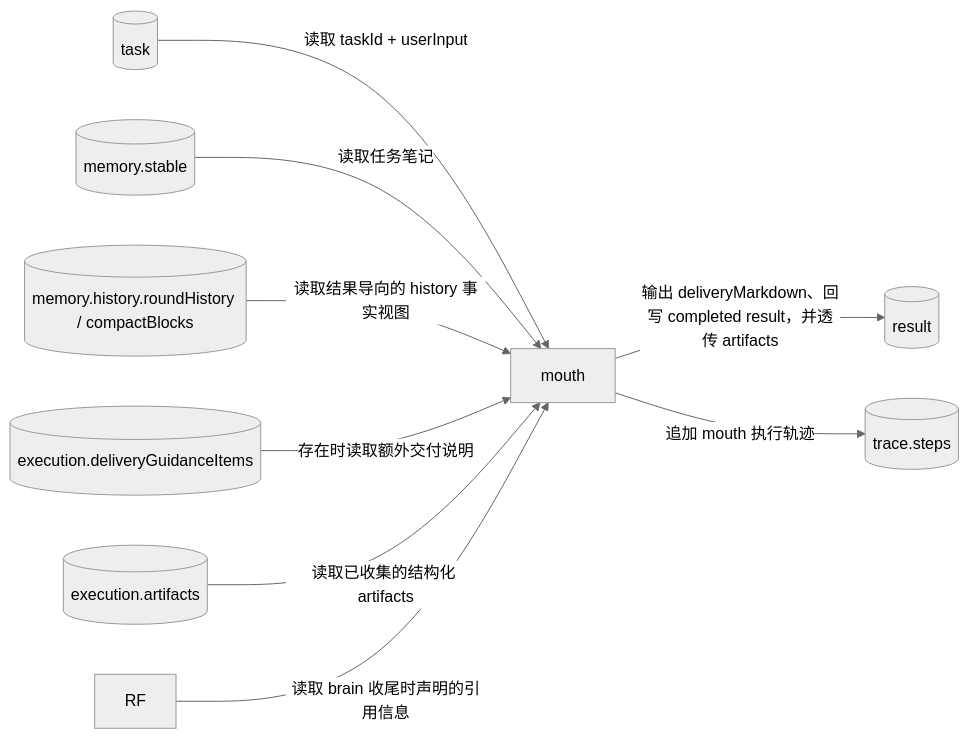
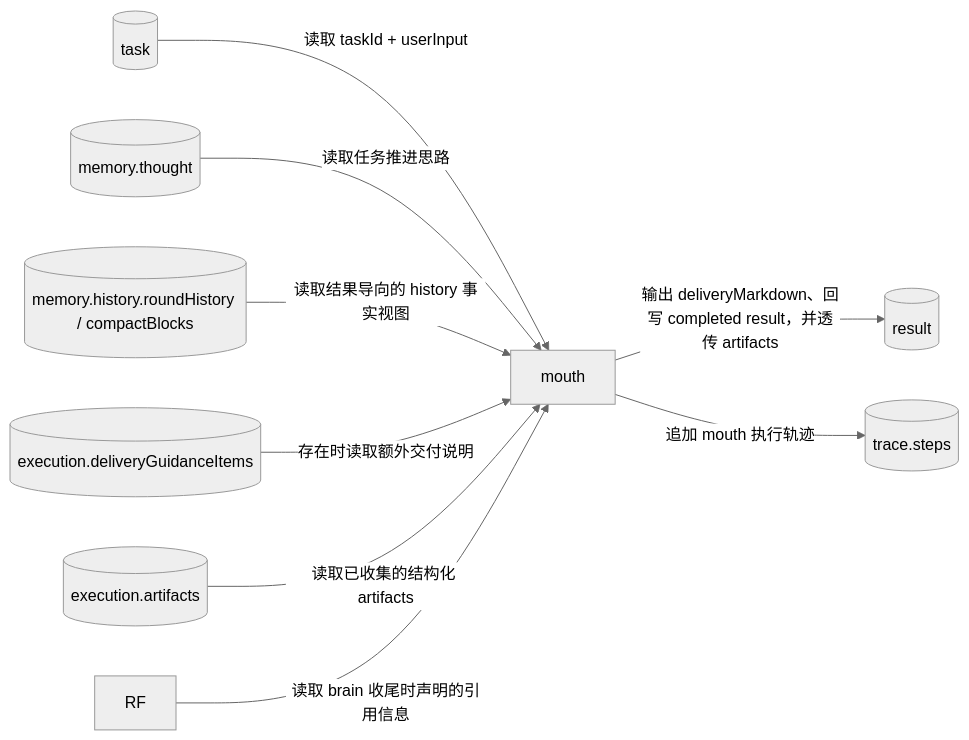
The fifth of 5 diagrams in doc/ai-design/data-definition-and-flow.md (Yoan98/Ncurator), drawn with Mermaid (neutral theme) before and after one commit. The commit also changed other lines of this file and 48 other files, not shown here.

First line of the commit message:
Refactor thought memory handling and update related tests

````diff
--- a/doc/ai-design/data-definition-and-flow.md
+++ b/doc/ai-design/data-definition-and-flow.md
@@ -1178,20 +1175,20 @@
 ```mermaid
 flowchart LR
     T[("task")]
-    SM[("memory.stable")]
+    TM[("memory.thought")]
     PM[("memory.history.roundHistory / compactBlocks")]
     DG[("execution.deliveryGuidanceItems")]
     A[("execution.artifacts")]
     M["mouth"]
     R[("result")]
     TR[("trace.steps")]
 
     T -->|读取 taskId + userInput| M
-    SM -->|读取任务笔记| M
+    TM -->|读取任务推进思路| M
     PM -->|读取结果导向的 history 事实视图| M
     DG -->|存在时读取额外交付说明| M
     A -->|读取已收集的结构化 artifacts| M
     RF -->|读取 brain 收尾时声明的引用信息| M
     M -->|输出 deliveryMarkdown、回写 completed result，并透传 artifacts| R
     M -->|追加 mouth 执行轨迹| TR
 ```
````
